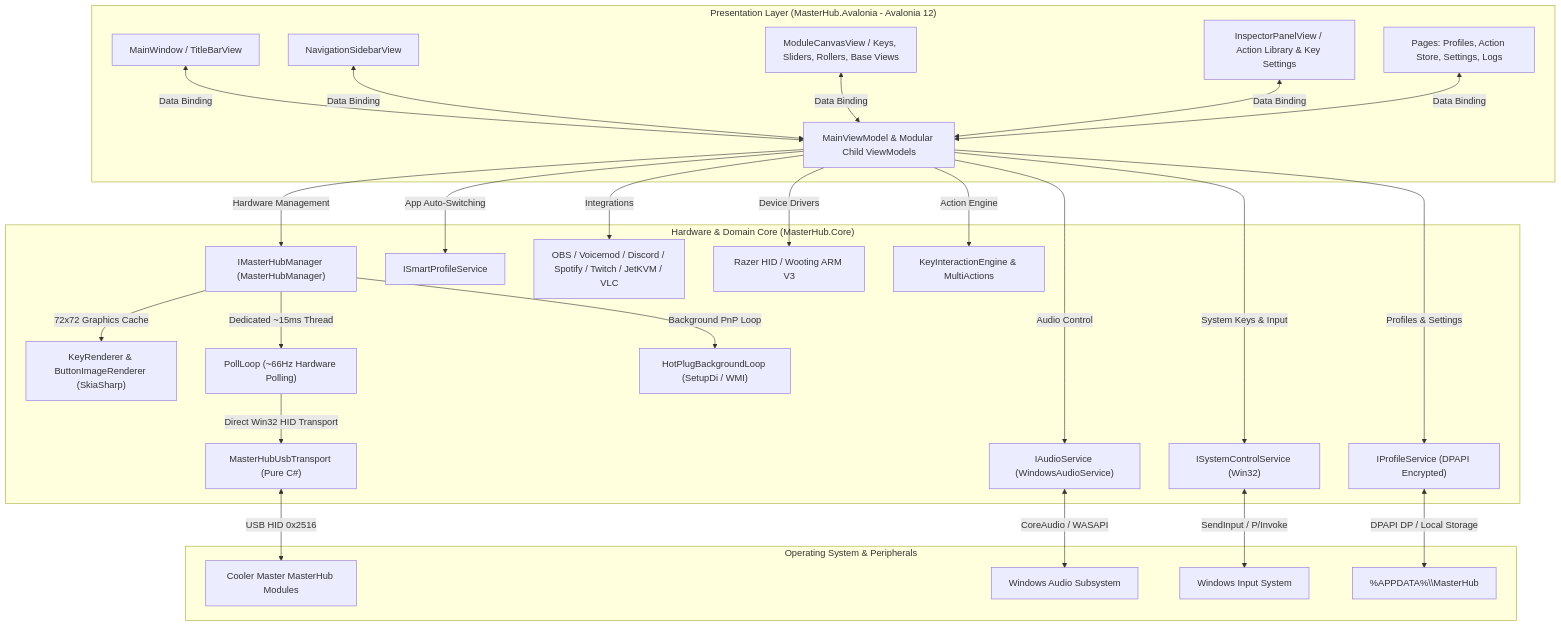
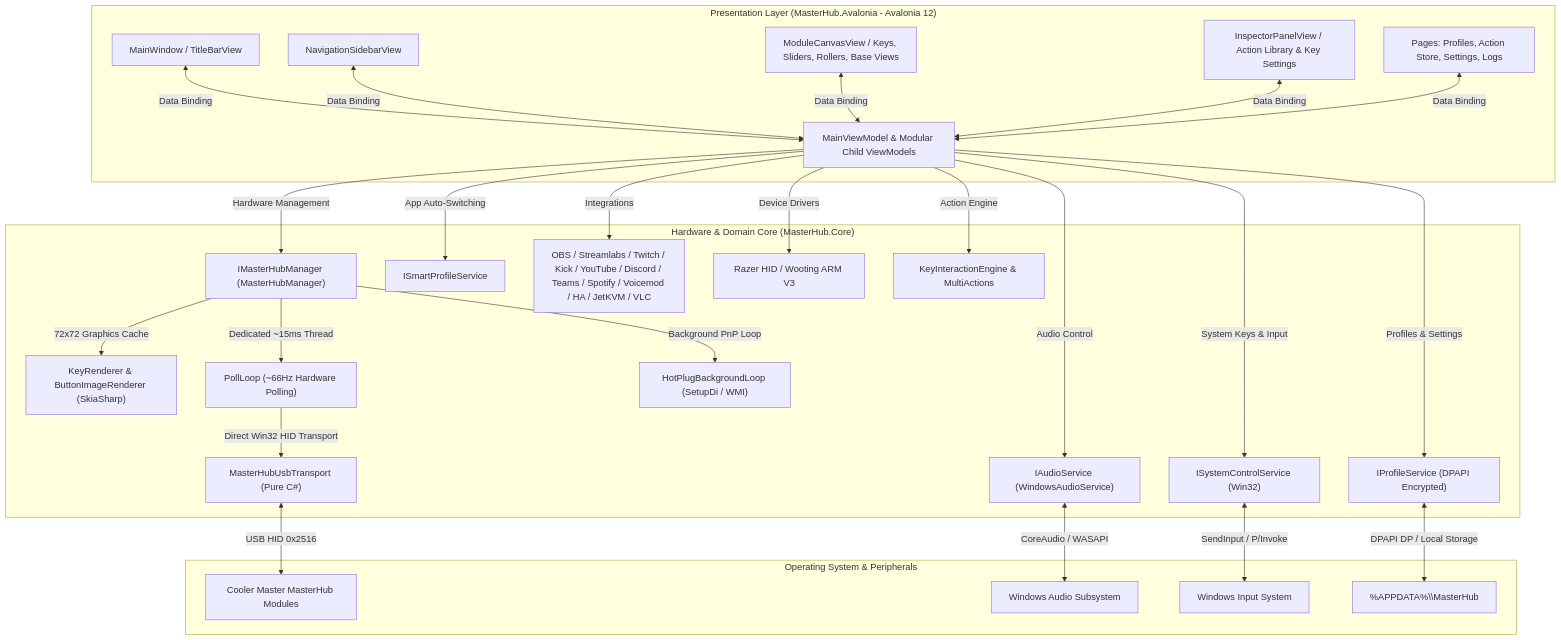
Before and after one commit to Dreyark/MasterHub: the diagram in README.md, drawn with Mermaid. The commit also changed other lines of this file and 99 other files, not shown here.

````diff
--- a/README.md
+++ b/README.md
@@ -104,40 +136,40 @@
 ```mermaid
 flowchart TD
     subgraph UI ["Presentation Layer (MasterHub.Avalonia - Avalonia 12)"]
         W["MainWindow / TitleBarView"]
         NAV["NavigationSidebarView"]
         CAN["ModuleCanvasView / Keys, Sliders, Rollers, Base Views"]
         INS["InspectorPanelView / Action Library & Key Settings"]
         PAG["Pages: Profiles, Action Store, Settings, Logs"]
         
         VM["MainViewModel & Modular Child ViewModels"]
         W <-->|Data Binding| VM
         NAV <-->|Data Binding| VM
         CAN <-->|Data Binding| VM
         INS <-->|Data Binding| VM
         PAG <-->|Data Binding| VM
     end
 
     subgraph Core ["Hardware & Domain Core (MasterHub.Core)"]
         VM -->|Hardware Management| IMGR["IMasterHubManager (MasterHubManager)"]
         VM -->|Audio Control| IAUD["IAudioService (WindowsAudioService)"]
         VM -->|System Keys & Input| ISYS["ISystemControlService (Win32)"]
         VM -->|Profiles & Settings| IPRF["IProfileService (DPAPI Encrypted)"]
         VM -->|App Auto-Switching| ISMT["ISmartProfileService"]
-        VM -->|Integrations| INT["OBS / Voicemod / Discord / Spotify / Twitch / JetKVM / VLC"]
+        VM -->|Integrations| INT["OBS / Streamlabs / Twitch / Kick / YouTube / Discord / Teams / Spotify / Voicemod / HA / JetKVM / VLC"]
         VM -->|Device Drivers| DRV["Razer HID / Wooting ARM V3"]
         VM -->|Action Engine| ACT["KeyInteractionEngine & MultiActions"]
         
         IMGR -->|72x72 Graphics Cache| RND["KeyRenderer & ButtonImageRenderer (SkiaSharp)"]
         IMGR -->|Dedicated ~15ms Thread| POLL["PollLoop (~66Hz Hardware Polling)"]
         IMGR -->|Background PnP Loop| HOTPLUG["HotPlugBackgroundLoop (SetupDi / WMI)"]
         POLL -->|Direct Win32 HID Transport| NAT["MasterHubUsbTransport (Pure C#)"]
     end
 
     subgraph OS ["Operating System & Peripherals"]
         NAT <-->|USB HID 0x2516| DEV["Cooler Master MasterHub Modules"]
         IAUD <-->|CoreAudio / WASAPI| WAS["Windows Audio Subsystem"]
         ISYS <-->|SendInput / P/Invoke| KBD["Windows Input System"]
         IPRF <-->|DPAPI DP / Local Storage| APPDATA["%APPDATA%\\MasterHub"]
     end
 ```
````
